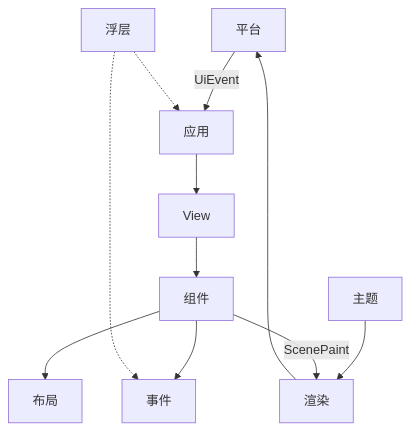
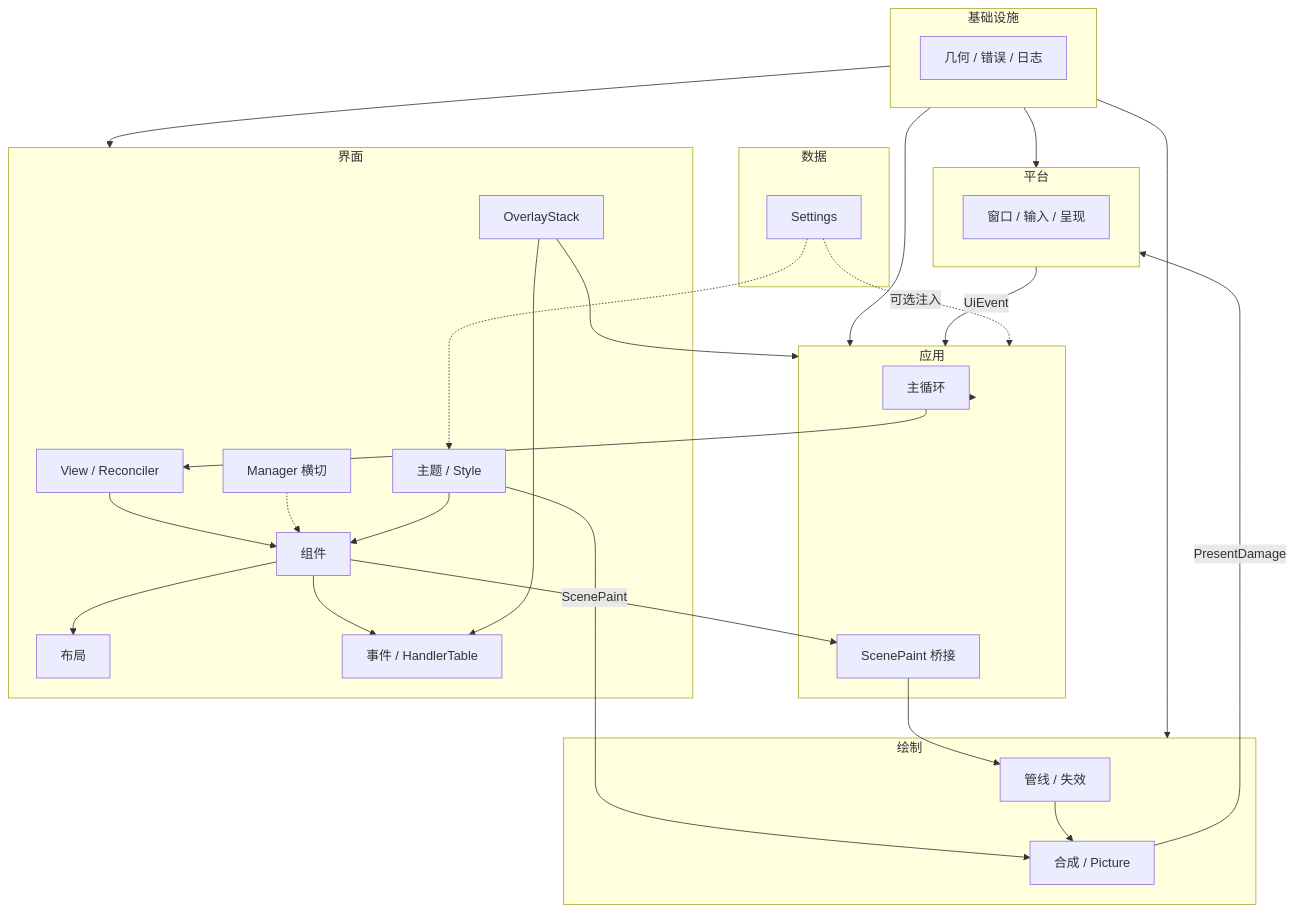
One commit to yang86953/uix-app changed the diagram in docs/Main.md. Above: the diagram before and after it, drawn with Mermaid. The commit also changed other lines of this file and 17 other files, not shown here.

First line of the commit message:
docs: expand demand-driven design specs and implementation roadmap

````diff
--- a/docs/Main.md
+++ b/docs/Main.md
@@ -23,9 +184,47 @@
 ```mermaid
 flowchart TB
-  platform[平台] -->|UiEvent| app[应用]
-  app --> view[View] --> component[组件]
-  component --> layout[布局] & event[事件]
-  theme[主题] --> render[渲染]
-  component -->|ScenePaint| render --> platform
-  overlay[浮层] -.-> app & event
+  subgraph foundation [基础设施]
+    geom[几何 / 错误 / 日志]
+  end
+
+  subgraph platform [平台]
+    os[窗口 / 输入 / 呈现]
+  end
+
+  subgraph app [应用]
+    loop[主循环]
+    bridge[ScenePaint 桥接]
+  end
+
+  subgraph ui [界面]
+    view[View / Reconciler]
+    widget[组件]
+    managers[Manager 横切]
+    layout[布局]
+    event[事件 / HandlerTable]
+    theme[主题 / Style]
+    overlay[OverlayStack]
+  end
+
+  subgraph draw [绘制]
+    pipeline[管线 / 失效]
+    compositor[合成 / Picture]
+  end
+
+  subgraph data [数据]
+    settings[Settings]
+  end
+
+  foundation --> platform & draw & ui & app
+  platform -->|UiEvent| app
+  settings -.->|可选注入| app
+  app --> loop
+  loop --> view --> widget
+  managers -.-> widget
+  widget --> layout & event
+  theme --> widget & compositor
+  widget -->|ScenePaint| bridge --> pipeline --> compositor
+  compositor -->|PresentDamage| platform
+  overlay --> event & app
+  settings -.-> theme
 ```
````
